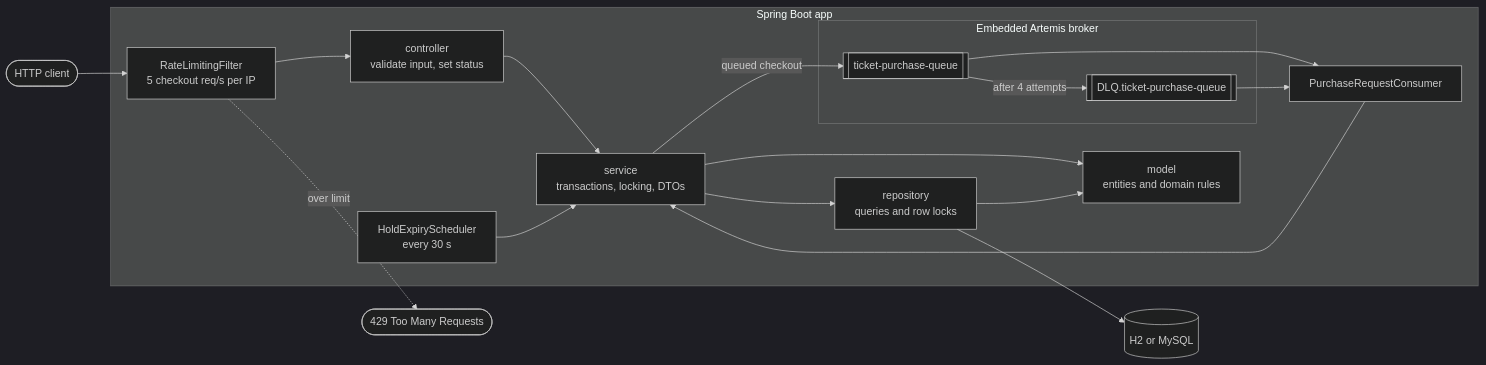
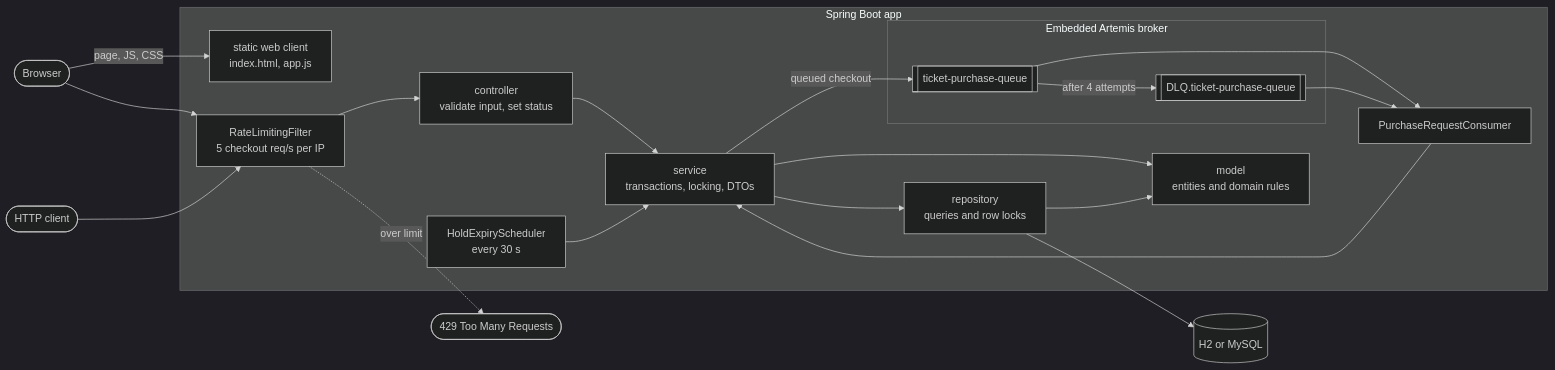
One commit to mohanarevarapu-commits/SeatLock changed the first of 6 diagrams in docs/ARCHITECTURE.md. Above: the diagram before and after it, drawn with Mermaid (dark theme). The commit also changed other lines of this file and 26 other files, not shown here.

First line of the commit message:
Release 0.4.0: web client, venue layouts, Book now checkout

````diff
--- a/docs/ARCHITECTURE.md
+++ b/docs/ARCHITECTURE.md
@@ -8,23 +8,26 @@
 ```mermaid
 flowchart LR
+    browser([Browser]) -- page, JS, CSS --> web
+    browser --> limiter
     client([HTTP client]) --> limiter
     subgraph app [Spring Boot app]
+        web[static web client<br/>index.html, app.js]
         limiter[RateLimitingFilter<br/>5 checkout req/s per IP] --> controller
         controller[controller<br/>validate input, set status] --> service[service<br/>transactions, locking, DTOs]
         service --> repository[repository<br/>queries and row locks]
         service --> model[model<br/>entities and domain rules]
         repository --> model
         scheduler[HoldExpiryScheduler<br/>every 30 s] --> service
         subgraph broker [Embedded Artemis broker]
             queue[[ticket-purchase-queue]]
             dlq[[DLQ.ticket-purchase-queue]]
         end
         service -- queued checkout --> queue
         queue --> consumer[PurchaseRequestConsumer]
         queue -- after 4 attempts --> dlq
         dlq --> consumer
         consumer --> service
     end
     limiter -. over limit .-> r429([429 Too Many Requests])
     repository --> db[(H2 or MySQL)]
 ```
````
